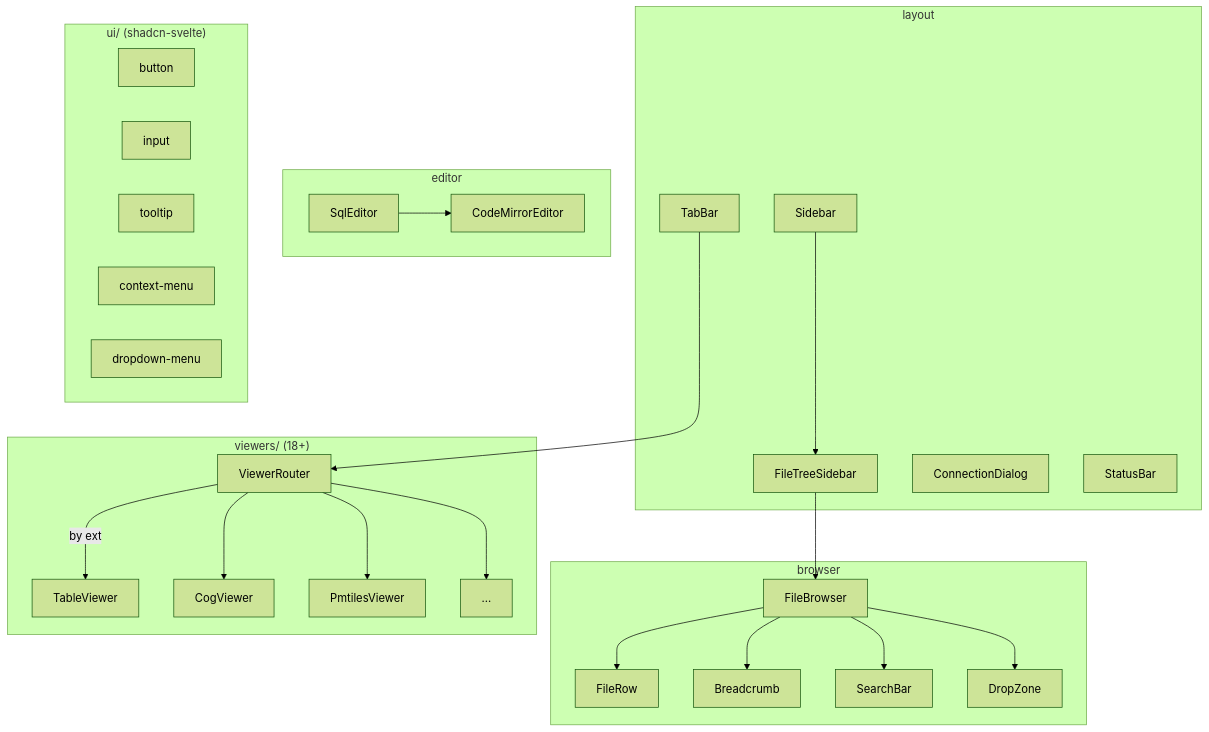
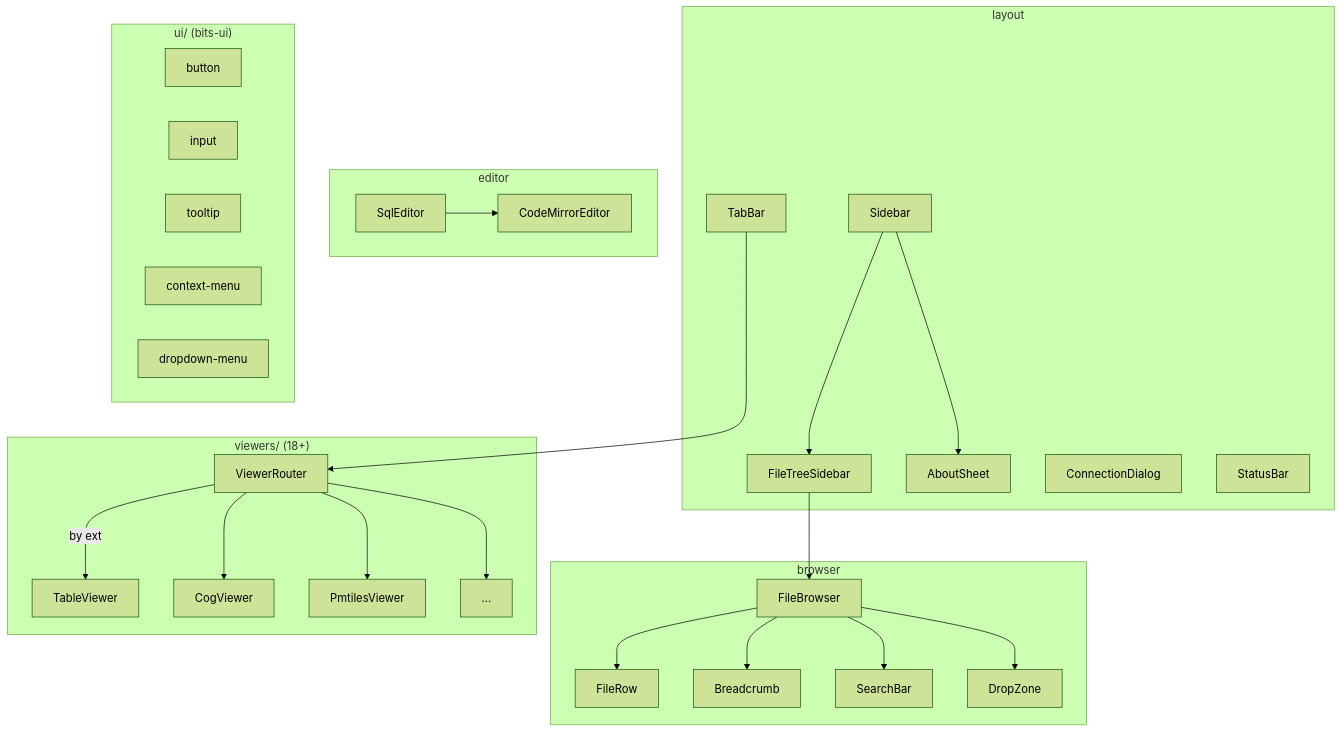
Before and after one commit to walkthru-earth/objex: the diagram in src/lib/components/CLAUDE.md, drawn with Mermaid (forest theme). The commit also changed other lines of this file and 4 other files, not shown here.

First line of the commit message:
feat: wire AboutSheet into Sidebar with i18n and doc updates

````diff
--- a/src/lib/components/CLAUDE.md
+++ b/src/lib/components/CLAUDE.md
@@ -5,29 +5,30 @@
 ```mermaid
 graph TD
     subgraph layout
         SB[Sidebar] --> FTS[FileTreeSidebar]
+        SB --> AS[AboutSheet]
         TB[TabBar]
         CD[ConnectionDialog]
         STB[StatusBar]
     end
     subgraph browser
         FTS --> FB[FileBrowser]
         FB --> FR[FileRow]
         FB --> BC[Breadcrumb]
         FB --> SBar[SearchBar]
         FB --> DZ[DropZone]
     end
     subgraph viewers["viewers/ (18+)"]
         VR[ViewerRouter] -->|by ext| TV[TableViewer]
         VR --> CV[CogViewer]
         VR --> PV[PmtilesViewer]
         VR --> MORE[...]
     end
     subgraph editor
         SQL[SqlEditor] --> CM[CodeMirrorEditor]
     end
-    subgraph ui["ui/ (shadcn-svelte)"]
+    subgraph ui["ui/ (bits-ui)"]
         BTN[button] & INP[input] & TT[tooltip] & CTX[context-menu] & DD[dropdown-menu]
     end
     TB --> VR
 ```
````
